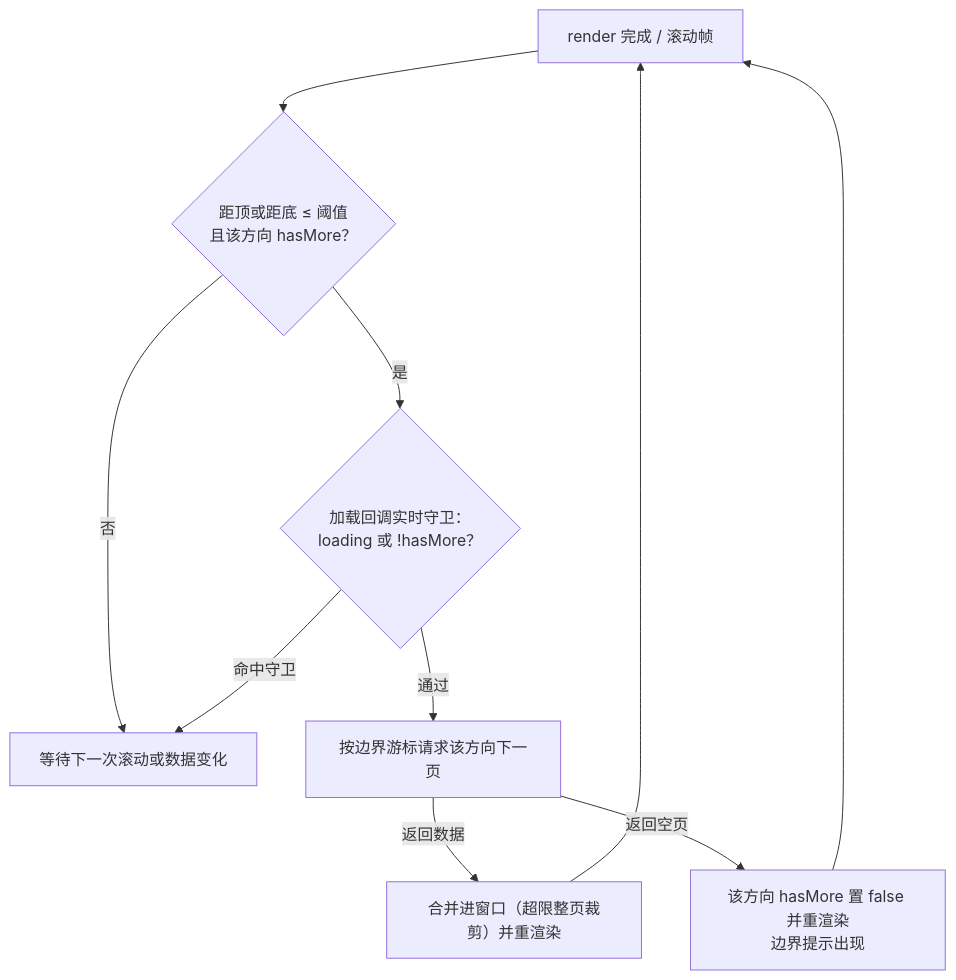
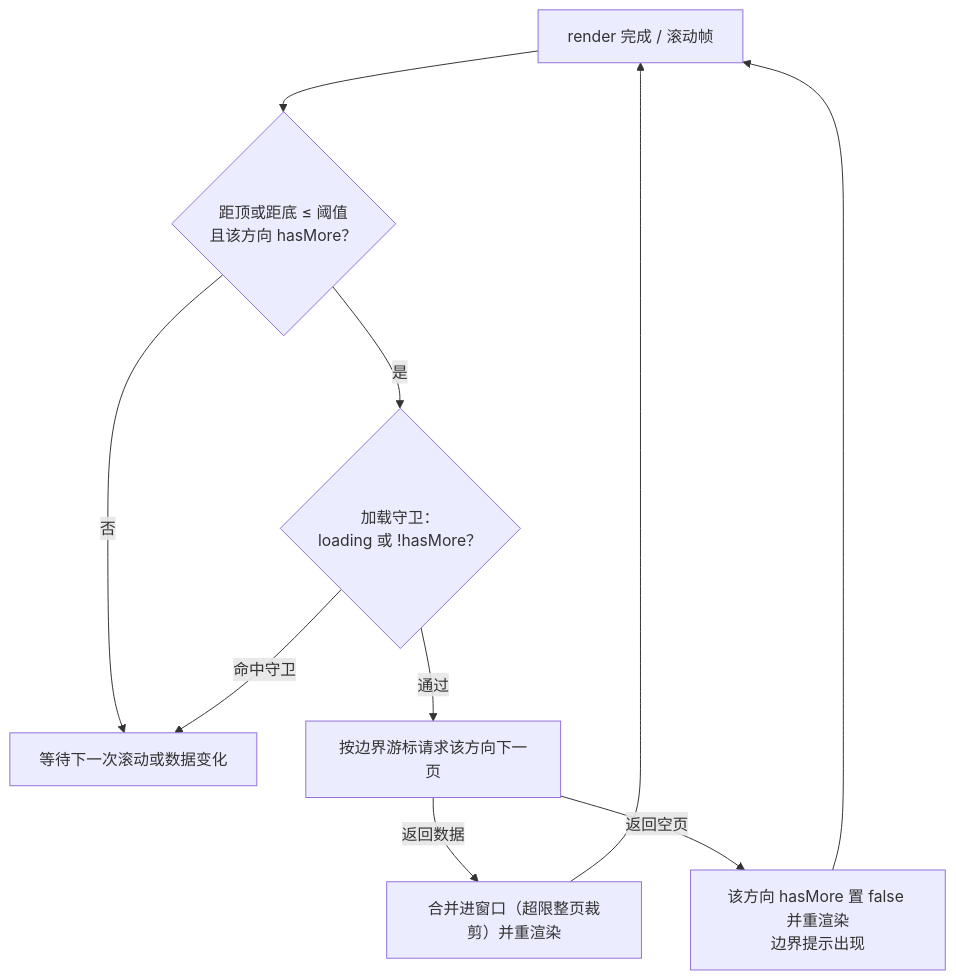
The third of 6 diagrams in packages/uikit/docs/有界消息流窗口设计方案.md (dacez/yimsg), drawn with Mermaid before and after one commit. The commit also changed other lines of this file and 2 other files, not shown here.

````diff
--- a/packages/uikit/docs/有界消息流窗口设计方案.md
+++ b/packages/uikit/docs/有界消息流窗口设计方案.md
@@ -115,10 +197,10 @@
 ```mermaid
 flowchart TD
     R["render 完成 / 滚动帧"] --> C{"距顶或距底 ≤ 阈值<br/>且该方向 hasMore？"}
     C -->|"否"| W["等待下一次滚动或数据变化"]
-    C -->|"是"| G{"加载回调实时守卫：<br/>loading 或 !hasMore？"}
+    C -->|"是"| G{"加载守卫：<br/>loading 或 !hasMore？"}
     G -->|"命中守卫"| W
     G -->|"通过"| L["按边界游标请求该方向下一页"]
     L -->|"返回数据"| M["合并进窗口（超限整页裁剪）并重渲染"] --> R
     L -->|"返回空页"| E["该方向 hasMore 置 false 并重渲染<br/>边界提示出现"] --> R
 ```
````
